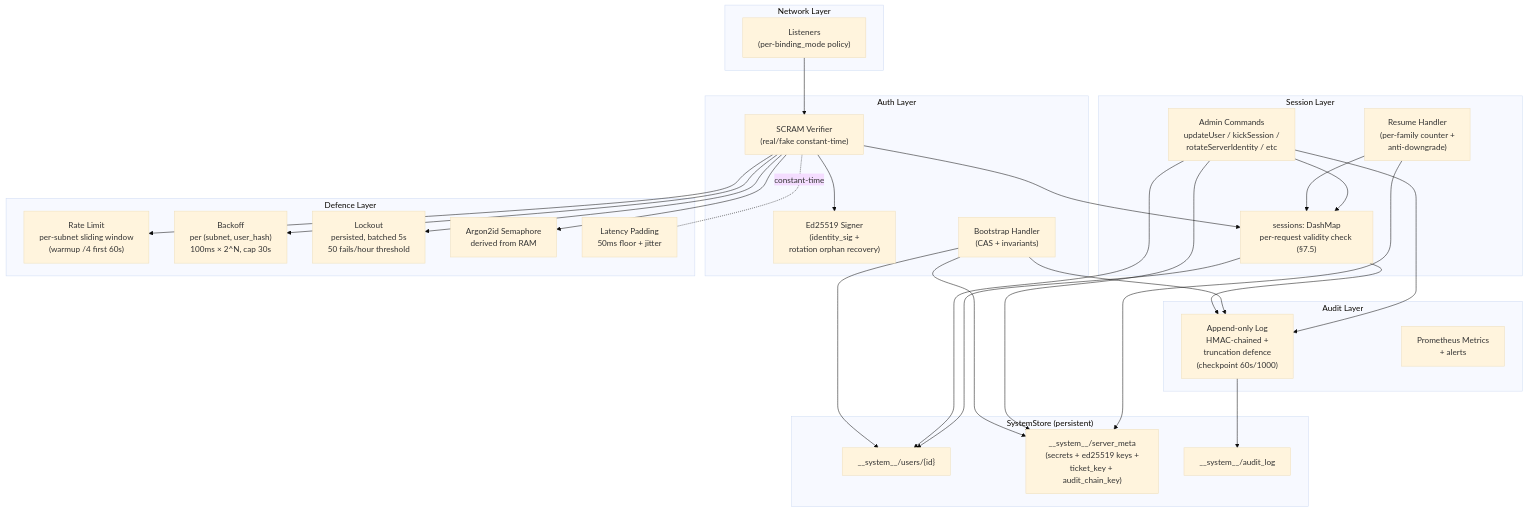
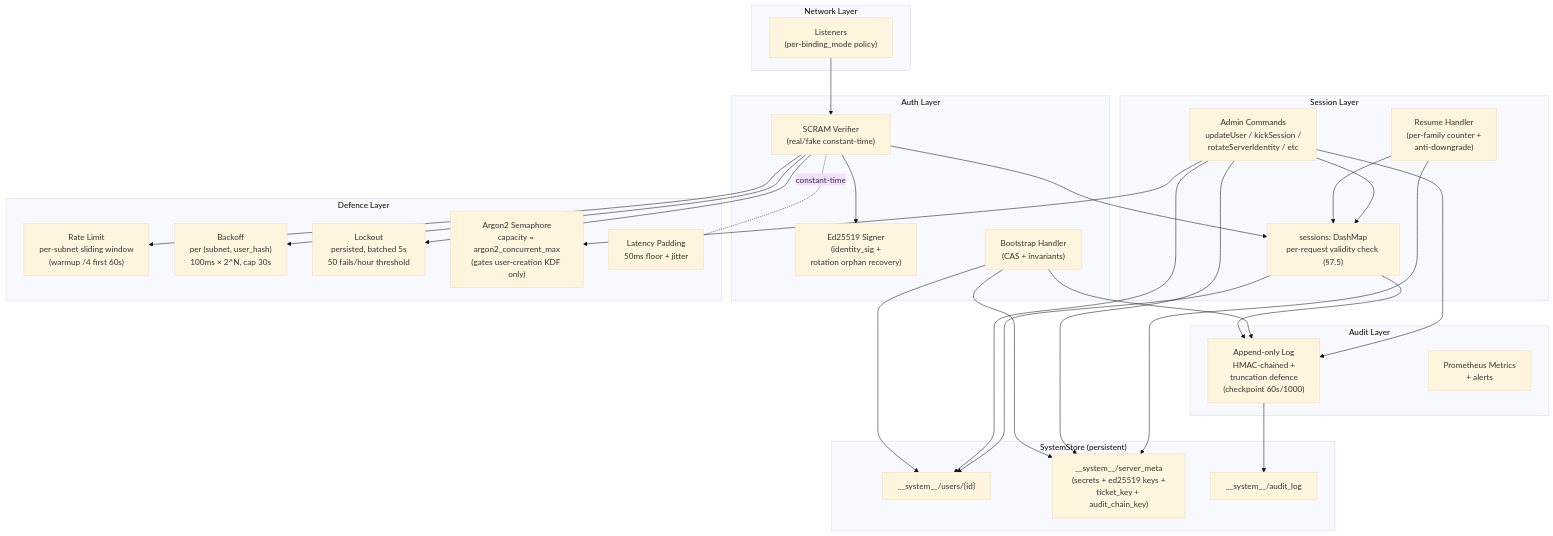
The second of 3 diagrams in docs/guide-docs/client-server-protocol-spec/diagrams/11-component-overview.md (PHPCraftdream/shamir-db), drawn with Mermaid (base theme) before and after one commit. The commit also changed other lines of this file and 55 other files, not shown here.

First line of the commit message:
fix(server,db,sync): enforce argon2_concurrent_max on every server-side password derivation with a typed busy refusal and metrics (release-1 Argon2 gate) (#637)

````diff
--- a/docs/guide-docs/client-server-protocol-spec/diagrams/11-component-overview.md
+++ b/docs/guide-docs/client-server-protocol-spec/diagrams/11-component-overview.md
@@ -43,61 +43,61 @@
 ```mermaid
 flowchart TB
     subgraph "Network Layer"
         Listeners["Listeners<br/>(per-binding_mode policy)"]
     end
     
     subgraph "Auth Layer"
         SCRAM["SCRAM Verifier<br/>(real/fake constant-time)"]
         Identity["Ed25519 Signer<br/>(identity_sig +<br/>rotation orphan recovery)"]
         Bootstrap["Bootstrap Handler<br/>(CAS + invariants)"]
     end
     
     subgraph "Session Layer"
         Sessions["sessions: DashMap<sid, Session><br/>per-request validity check (§7.5)"]
         Resume["Resume Handler<br/>(per-family counter +<br/>anti-downgrade)"]
         AdminCmds["Admin Commands<br/>updateUser / kickSession /<br/>rotateServerIdentity / etc"]
     end
     
     subgraph "Defence Layer"
         RateLimit["Rate Limit<br/>per-subnet sliding window<br/>(warmup /4 first 60s)"]
         Backoff["Backoff<br/>per (subnet, user_hash)<br/>100ms × 2^N, cap 30s"]
         Lockout["Lockout<br/>persisted, batched 5s<br/>50 fails/hour threshold"]
-        Semaphore["Argon2id Semaphore<br/>derived from RAM"]
+        Semaphore["Argon2 Semaphore<br/>capacity = argon2_concurrent_max<br/>(gates user-creation KDF only)"]
         Latency["Latency Padding<br/>50ms floor + jitter"]
     end
     
     subgraph "Audit Layer"
         AuditLog["Append-only Log<br/>HMAC-chained +<br/>truncation defence<br/>(checkpoint 60s/1000)"]
         Metrics["Prometheus Metrics<br/>+ alerts"]
     end
     
     subgraph "SystemStore (persistent)"
         Users["__system__/users/{id}"]
         Meta["__system__/server_meta<br/>(secrets + ed25519 keys +<br/>ticket_key + audit_chain_key)"]
         AuditDB["__system__/audit_log"]
     end
     
     Listeners --> SCRAM
     SCRAM --> Identity
     SCRAM --> Sessions
     Bootstrap --> Users
     Bootstrap --> Meta
     Resume --> Sessions
     AdminCmds --> Sessions
     AdminCmds --> Users
     AdminCmds --> Meta
     
     SCRAM -.constant-time.- Latency
     SCRAM --> RateLimit
     SCRAM --> Backoff
     SCRAM --> Lockout
-    SCRAM --> Semaphore
-    
+    AdminCmds --> Semaphore
+
     Sessions --> AuditLog
     Bootstrap --> AuditLog
     AdminCmds --> AuditLog
     
     AuditLog --> AuditDB
     Sessions --> Users
     Resume --> Meta
 ```
````
